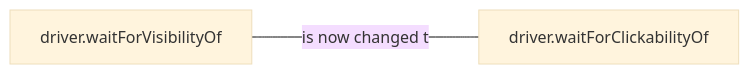
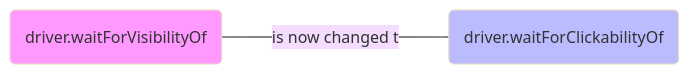
Before and after one commit to znsio/teswiz: the second of 2 diagrams in README.md, drawn with Mermaid (base theme).

Commit message:
added style to flowchart markdown

````diff
--- a/README.md
+++ b/README.md
@@ -16,4 +16,6 @@
 ```mermaid
 flowchart LR;
-  driver.waitForVisibilityOf--is now changed to---driver.waitForClickabilityOf;
+  id1(driver.waitForVisibilityOf)--is now changed to---id2(driver.waitForClickabilityOf);
+  style id1 fill:#f9f
+  style id2 fill:#bbf
 ```
````
